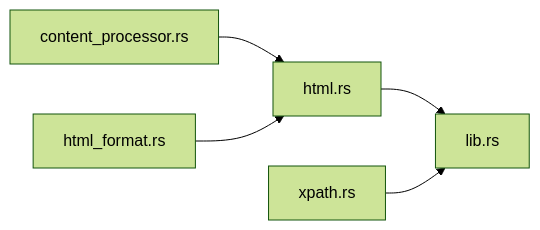
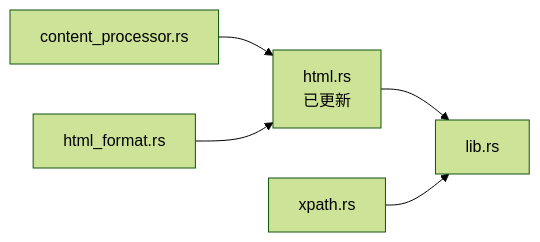
Before and after one commit to ZhangGHGitHub/LegadoTeamFlutter: the sixth of 6 diagrams in .qoder/repowiki/zh/content/Rust核心库/解析引擎/HTML解析器.md, drawn with Mermaid (forest theme). The commit also changed other lines of this file and 66 other files, not shown here.

````diff
--- a/.qoder/repowiki/zh/content/Rust核心库/解析引擎/HTML解析器.md
+++ b/.qoder/repowiki/zh/content/Rust核心库/解析引擎/HTML解析器.md
@@ -223,7 +239,7 @@
 ```mermaid
 graph LR
-H["html.rs"] --> L["lib.rs"]
+H["html.rs<br/>已更新"] --> L["lib.rs"]
 X["xpath.rs"] --> L
 C["content_processor.rs"] --> H
 J["html_format.rs"] --> H
 ```
````
